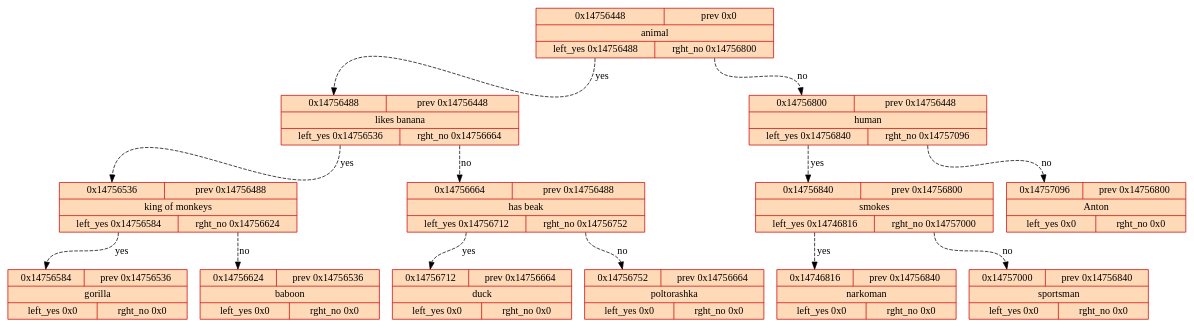
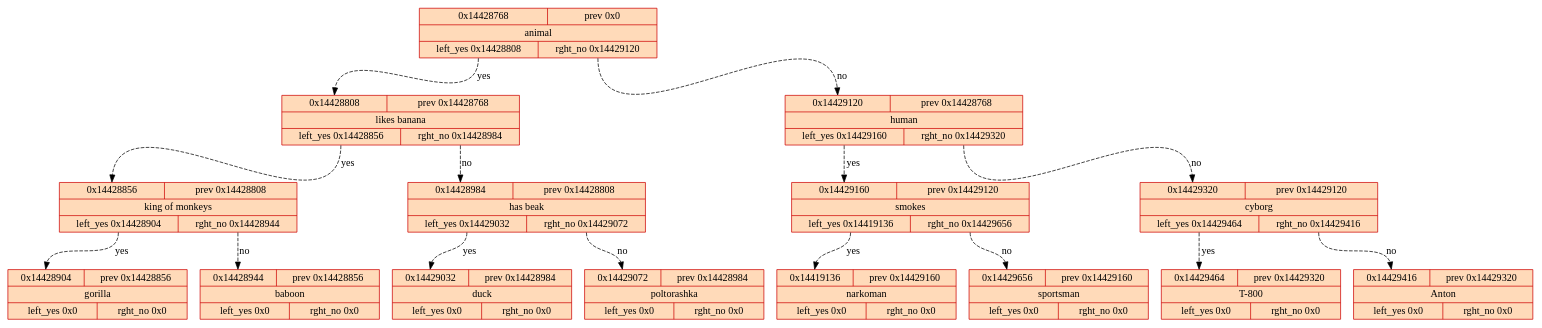
The diagram in tree_graph.gv (Art8mish/Akinator), drawn with Graphviz before and after one commit. The commit also changed 14 other files, not shown here.

```diff
--- a/tree_graph.gv
+++ b/tree_graph.gv
@@ -1,29 +1,33 @@
 digraph tree{
 	rankdir=TB;
 spline = ortho;
-	14756448[style="filled",fillcolor="peachpuff"shape=record,color=red3,label="{{<f0> 0x14756448 |<f3>prev 0x0}|animal|{<f2>left_yes 0x14756488 | <f1>rght_no 0x14756800}}"]
-	14756448:<f2>:s->14756488:<f0>:n[weight = 1, constraint=true, style="dashed", label="yes"]
-	14756448:<f1>:s->14756800:<f0>:n[weight = 1, constraint=true, style="dashed", label="no"]
-	14756800[style="filled",fillcolor="peachpuff"shape=record,color=red3,label="{{<f0> 0x14756800 |<f3>prev 0x14756448}|human|{<f2>left_yes 0x14756840 | <f1>rght_no 0x14757096}}"]
-	14756800:<f2>:s->14756840:<f0>:n[weight = 1, constraint=true, style="dashed", label="yes"]
-	14756800:<f1>:s->14757096:<f0>:n[weight = 1, constraint=true, style="dashed", label="no"]
-	14757096[style="filled",fillcolor="peachpuff"shape=record,color=red3,label="{{<f0> 0x14757096 |<f3>prev 0x14756800}|Anton|{<f2>left_yes 0x0 | <f1>rght_no 0x0}}"]
-	14756840[style="filled",fillcolor="peachpuff"shape=record,color=red3,label="{{<f0> 0x14756840 |<f3>prev 0x14756800}|smokes|{<f2>left_yes 0x14746816 | <f1>rght_no 0x14757000}}"]
-	14756840:<f2>:s->14746816:<f0>:n[weight = 1, constraint=true, style="dashed", label="yes"]
-	14756840:<f1>:s->14757000:<f0>:n[weight = 1, constraint=true, style="dashed", label="no"]
-	14757000[style="filled",fillcolor="peachpuff"shape=record,color=red3,label="{{<f0> 0x14757000 |<f3>prev 0x14756840}|sportsman|{<f2>left_yes 0x0 | <f1>rght_no 0x0}}"]
-	14746816[style="filled",fillcolor="peachpuff"shape=record,color=red3,label="{{<f0> 0x14746816 |<f3>prev 0x14756840}|narkoman|{<f2>left_yes 0x0 | <f1>rght_no 0x0}}"]
-	14756488[style="filled",fillcolor="peachpuff"shape=record,color=red3,label="{{<f0> 0x14756488 |<f3>prev 0x14756448}|likes banana|{<f2>left_yes 0x14756536 | <f1>rght_no 0x14756664}}"]
-	14756488:<f2>:s->14756536:<f0>:n[weight = 1, constraint=true, style="dashed", label="yes"]
-	14756488:<f1>:s->14756664:<f0>:n[weight = 1, constraint=true, style="dashed", label="no"]
-	14756664[style="filled",fillcolor="peachpuff"shape=record,color=red3,label="{{<f0> 0x14756664 |<f3>prev 0x14756488}|has beak|{<f2>left_yes 0x14756712 | <f1>rght_no 0x14756752}}"]
-	14756664:<f2>:s->14756712:<f0>:n[weight = 1, constraint=true, style="dashed", label="yes"]
-	14756664:<f1>:s->14756752:<f0>:n[weight = 1, constraint=true, style="dashed", label="no"]
-	14756752[style="filled",fillcolor="peachpuff"shape=record,color=red3,label="{{<f0> 0x14756752 |<f3>prev 0x14756664}|poltorashka|{<f2>left_yes 0x0 | <f1>rght_no 0x0}}"]
-	14756712[style="filled",fillcolor="peachpuff"shape=record,color=red3,label="{{<f0> 0x14756712 |<f3>prev 0x14756664}|duck|{<f2>left_yes 0x0 | <f1>rght_no 0x0}}"]
-	14756536[style="filled",fillcolor="peachpuff"shape=record,color=red3,label="{{<f0> 0x14756536 |<f3>prev 0x14756488}|king of monkeys|{<f2>left_yes 0x14756584 | <f1>rght_no 0x14756624}}"]
-	14756536:<f2>:s->14756584:<f0>:n[weight = 1, constraint=true, style="dashed", label="yes"]
-	14756536:<f1>:s->14756624:<f0>:n[weight = 1, constraint=true, style="dashed", label="no"]
-	14756624[style="filled",fillcolor="peachpuff"shape=record,color=red3,label="{{<f0> 0x14756624 |<f3>prev 0x14756536}|baboon|{<f2>left_yes 0x0 | <f1>rght_no 0x0}}"]
-	14756584[style="filled",fillcolor="peachpuff"shape=record,color=red3,label="{{<f0> 0x14756584 |<f3>prev 0x14756536}|gorilla|{<f2>left_yes 0x0 | <f1>rght_no 0x0}}"]
+	14428768[style="filled",fillcolor="peachpuff"shape=record,color=red3,label="{{<f0> 0x14428768 |<f3>prev 0x0}|animal|{<f2>left_yes 0x14428808 | <f1>rght_no 0x14429120}}"]
+	14428768:<f2>:s->14428808:<f0>:n[weight = 1, constraint=true, style="dashed", label="yes"]
+	14428768:<f1>:s->14429120:<f0>:n[weight = 1, constraint=true, style="dashed", label="no"]
+	14429120[style="filled",fillcolor="peachpuff"shape=record,color=red3,label="{{<f0> 0x14429120 |<f3>prev 0x14428768}|human|{<f2>left_yes 0x14429160 | <f1>rght_no 0x14429320}}"]
+	14429120:<f2>:s->14429160:<f0>:n[weight = 1, constraint=true, style="dashed", label="yes"]
+	14429120:<f1>:s->14429320:<f0>:n[weight = 1, constraint=true, style="dashed", label="no"]
+	14429320[style="filled",fillcolor="peachpuff"shape=record,color=red3,label="{{<f0> 0x14429320 |<f3>prev 0x14429120}|cyborg|{<f2>left_yes 0x14429464 | <f1>rght_no 0x14429416}}"]
+	14429320:<f2>:s->14429464:<f0>:n[weight = 1, constraint=true, style="dashed", label="yes"]
+	14429320:<f1>:s->14429416:<f0>:n[weight = 1, constraint=true, style="dashed", label="no"]
+	14429416[style="filled",fillcolor="peachpuff"shape=record,color=red3,label="{{<f0> 0x14429416 |<f3>prev 0x14429320}|Anton|{<f2>left_yes 0x0 | <f1>rght_no 0x0}}"]
+	14429464[style="filled",fillcolor="peachpuff"shape=record,color=red3,label="{{<f0> 0x14429464 |<f3>prev 0x14429320}|T-800|{<f2>left_yes 0x0 | <f1>rght_no 0x0}}"]
+	14429160[style="filled",fillcolor="peachpuff"shape=record,color=red3,label="{{<f0> 0x14429160 |<f3>prev 0x14429120}|smokes|{<f2>left_yes 0x14419136 | <f1>rght_no 0x14429656}}"]
+	14429160:<f2>:s->14419136:<f0>:n[weight = 1, constraint=true, style="dashed", label="yes"]
+	14429160:<f1>:s->14429656:<f0>:n[weight = 1, constraint=true, style="dashed", label="no"]
+	14429656[style="filled",fillcolor="peachpuff"shape=record,color=red3,label="{{<f0> 0x14429656 |<f3>prev 0x14429160}|sportsman|{<f2>left_yes 0x0 | <f1>rght_no 0x0}}"]
+	14419136[style="filled",fillcolor="peachpuff"shape=record,color=red3,label="{{<f0> 0x14419136 |<f3>prev 0x14429160}|narkoman|{<f2>left_yes 0x0 | <f1>rght_no 0x0}}"]
+	14428808[style="filled",fillcolor="peachpuff"shape=record,color=red3,label="{{<f0> 0x14428808 |<f3>prev 0x14428768}|likes banana|{<f2>left_yes 0x14428856 | <f1>rght_no 0x14428984}}"]
+	14428808:<f2>:s->14428856:<f0>:n[weight = 1, constraint=true, style="dashed", label="yes"]
+	14428808:<f1>:s->14428984:<f0>:n[weight = 1, constraint=true, style="dashed", label="no"]
+	14428984[style="filled",fillcolor="peachpuff"shape=record,color=red3,label="{{<f0> 0x14428984 |<f3>prev 0x14428808}|has beak|{<f2>left_yes 0x14429032 | <f1>rght_no 0x14429072}}"]
+	14428984:<f2>:s->14429032:<f0>:n[weight = 1, constraint=true, style="dashed", label="yes"]
+	14428984:<f1>:s->14429072:<f0>:n[weight = 1, constraint=true, style="dashed", label="no"]
+	14429072[style="filled",fillcolor="peachpuff"shape=record,color=red3,label="{{<f0> 0x14429072 |<f3>prev 0x14428984}|poltorashka|{<f2>left_yes 0x0 | <f1>rght_no 0x0}}"]
+	14429032[style="filled",fillcolor="peachpuff"shape=record,color=red3,label="{{<f0> 0x14429032 |<f3>prev 0x14428984}|duck|{<f2>left_yes 0x0 | <f1>rght_no 0x0}}"]
+	14428856[style="filled",fillcolor="peachpuff"shape=record,color=red3,label="{{<f0> 0x14428856 |<f3>prev 0x14428808}|king of monkeys|{<f2>left_yes 0x14428904 | <f1>rght_no 0x14428944}}"]
+	14428856:<f2>:s->14428904:<f0>:n[weight = 1, constraint=true, style="dashed", label="yes"]
+	14428856:<f1>:s->14428944:<f0>:n[weight = 1, constraint=true, style="dashed", label="no"]
+	14428944[style="filled",fillcolor="peachpuff"shape=record,color=red3,label="{{<f0> 0x14428944 |<f3>prev 0x14428856}|baboon|{<f2>left_yes 0x0 | <f1>rght_no 0x0}}"]
+	14428904[style="filled",fillcolor="peachpuff"shape=record,color=red3,label="{{<f0> 0x14428904 |<f3>prev 0x14428856}|gorilla|{<f2>left_yes 0x0 | <f1>rght_no 0x0}}"]
 }
```
